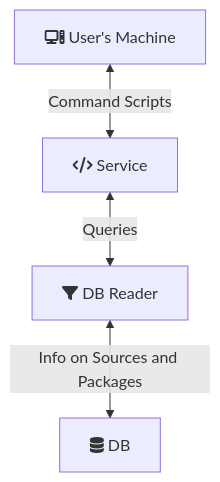
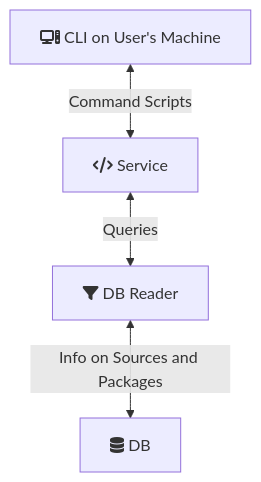
The diagram in profile/README.md (crater-space/.github), drawn with Mermaid before and after one commit. The commit also changed other lines of this file, not shown here.

````diff
--- a/profile/README.md
+++ b/profile/README.md
@@ -3,6 +7,6 @@
 ```mermaid
   flowchart TD
-    M[fa:fa-computer User's Machine] <-->|Command Scripts| S
+    M[fa:fa-computer CLI on User's Machine] <-->|Command Scripts| S
     S[fa:fa-code Service] <--> |Queries| R
     R[fa:fa-filter DB Reader] <--> |Info on Sources and Packages| D[fa:fa-database DB]
 ```
````
